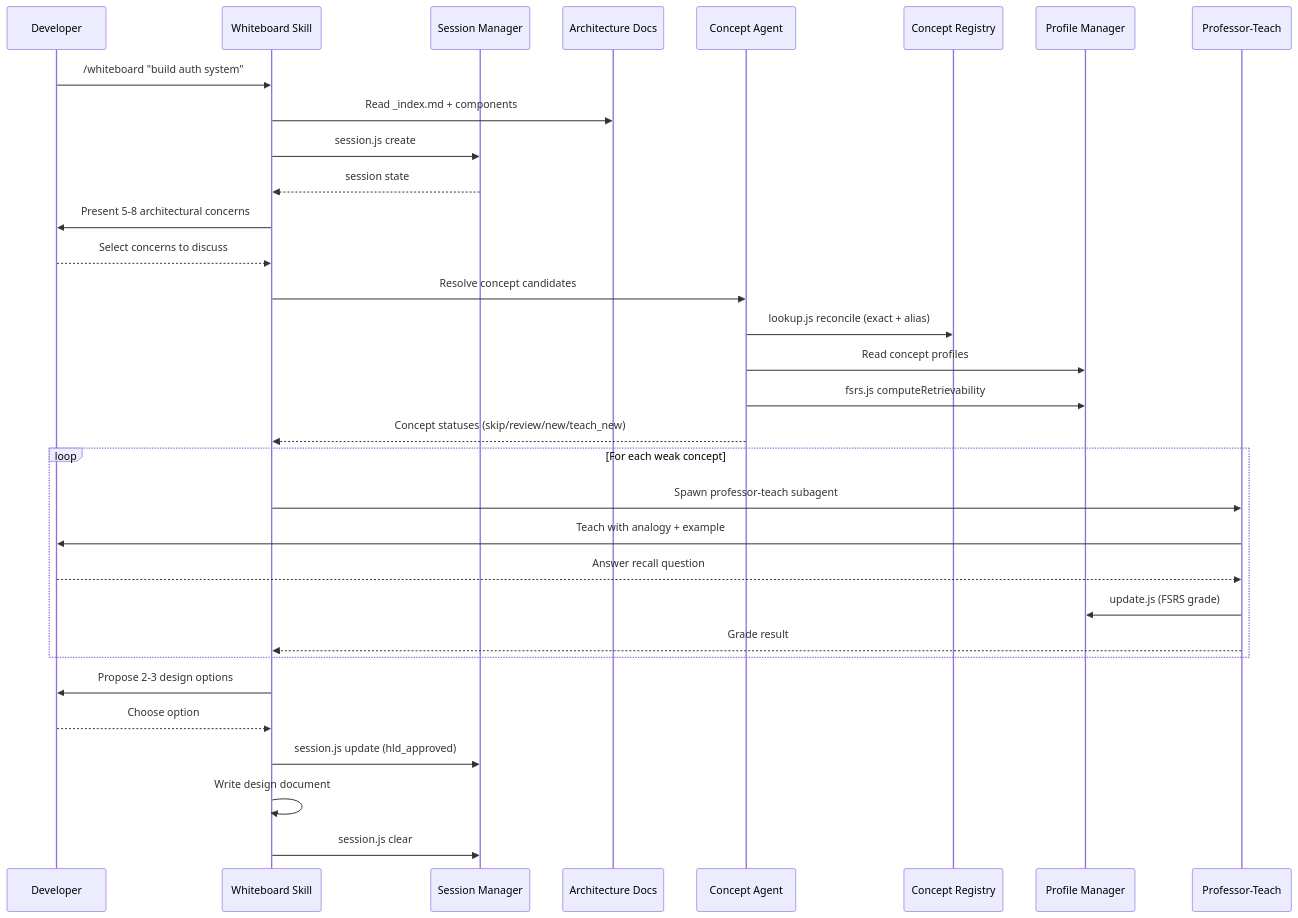
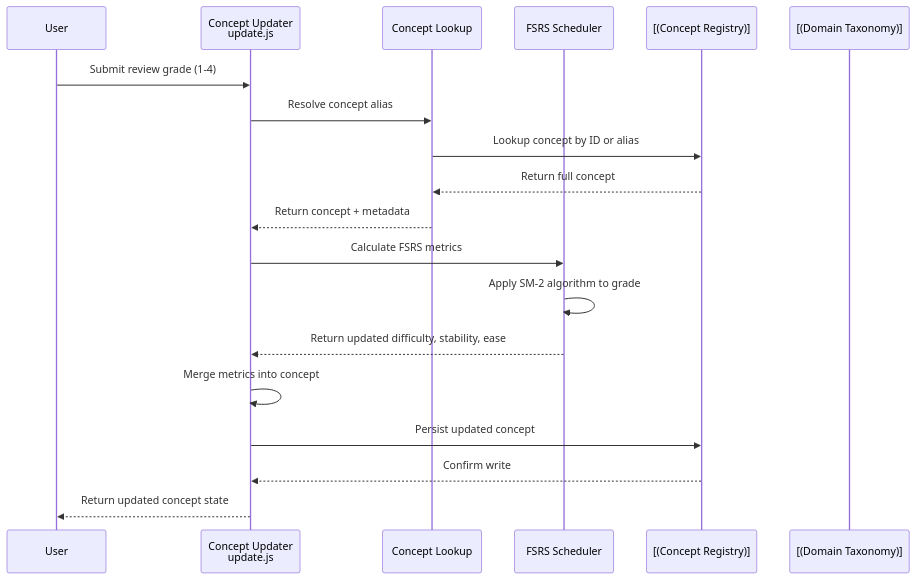
One commit to theadityamittal/claude-professor changed the third of 4 diagrams in docs/professor/architecture/data-flow.md. Above: the diagram before and after it, drawn with Mermaid. The commit also changed other lines of this file and 25 other files, not shown here.

First line of the commit message:
docs: regenerate architecture components for v3.1.0

````diff
--- a/docs/professor/architecture/data-flow.md
+++ b/docs/professor/architecture/data-flow.md
@@ -43,39 +107,25 @@
 ```mermaid
 sequenceDiagram
-    participant Dev as Developer
-    participant WB as Whiteboard Skill
-    participant SM as Session Manager
-    participant AA as Architecture Docs
-    participant CA as Concept Agent
-    participant CR as Concept Registry
-    participant PM as Profile Manager
-    participant PT as Professor-Teach
-
-    Dev->>WB: /whiteboard "build auth system"
-    WB->>AA: Read _index.md + components
-    WB->>SM: session.js create
-    SM-->>WB: session state
-
-    WB->>Dev: Present 5-8 architectural concerns
-    Dev-->>WB: Select concerns to discuss
-
-    WB->>CA: Resolve concept candidates
-    CA->>CR: lookup.js reconcile (exact + alias)
-    CA->>PM: Read concept profiles
-    CA->>PM: fsrs.js computeRetrievability
-    CA-->>WB: Concept statuses (skip/review/new/teach_new)
-
-    loop For each weak concept
-        WB->>PT: Spawn professor-teach subagent
-        PT->>Dev: Teach with analogy + example
-        Dev-->>PT: Answer recall question
-        PT->>PM: update.js (FSRS grade)
-        PT-->>WB: Grade result
-    end
-
-    WB->>Dev: Propose 2-3 design options
-    Dev-->>WB: Choose option
-    WB->>SM: session.js update (hld_approved)
-    WB->>WB: Write design document
-    WB->>SM: session.js clear
+    participant User
+    participant ConceptUpdater as Concept Updater<br/>update.js
+    participant ConceptLookup as Concept Lookup
+    participant FsrsScheduler as FSRS Scheduler
+    participant ConceptRegistry as [(Concept Registry)]
+    participant DomainTaxonomy as [(Domain Taxonomy)]
+    
+    User->>ConceptUpdater: Submit review grade (1-4)
+    ConceptUpdater->>ConceptLookup: Resolve concept alias
+    ConceptLookup->>ConceptRegistry: Lookup concept by ID or alias
+    ConceptRegistry-->>ConceptLookup: Return full concept
+    ConceptLookup-->>ConceptUpdater: Return concept + metadata
+    
+    ConceptUpdater->>FsrsScheduler: Calculate FSRS metrics
+    FsrsScheduler->>FsrsScheduler: Apply SM-2 algorithm to grade
+    FsrsScheduler-->>ConceptUpdater: Return updated difficulty, stability, ease
+    
+    ConceptUpdater->>ConceptUpdater: Merge metrics into concept
+    ConceptUpdater->>ConceptRegistry: Persist updated concept
+    ConceptRegistry-->>ConceptUpdater: Confirm write
+    
+    ConceptUpdater-->>User: Return updated concept state
 ```
````
